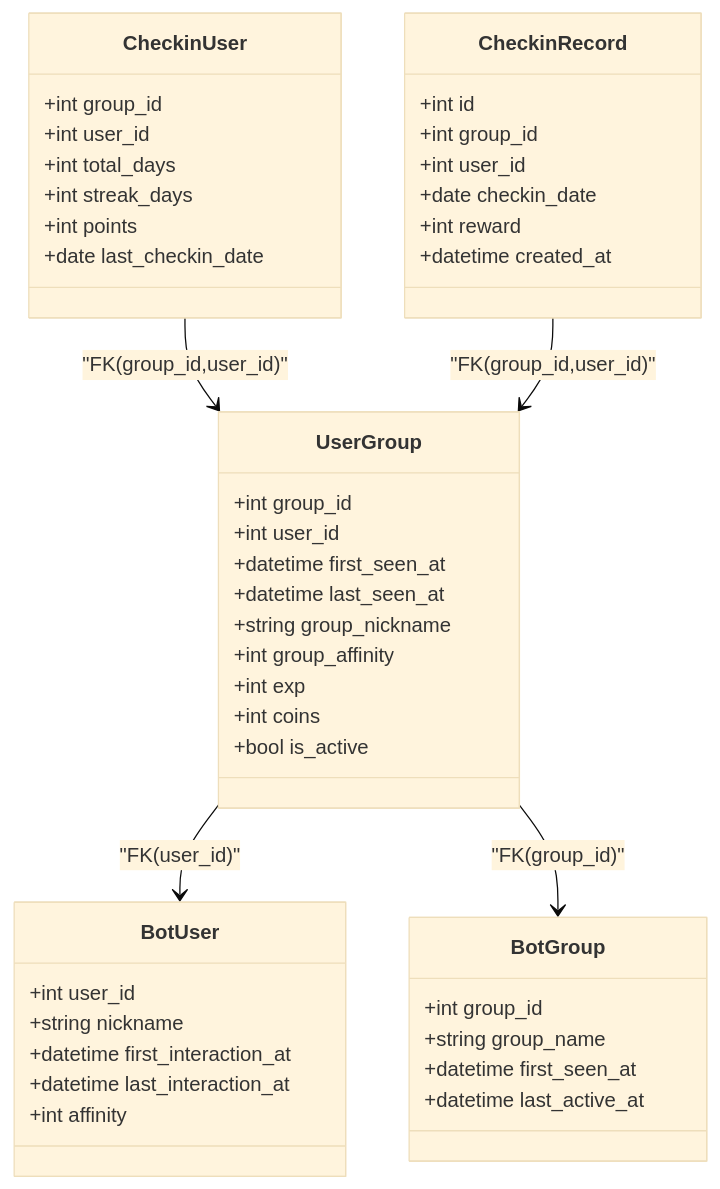
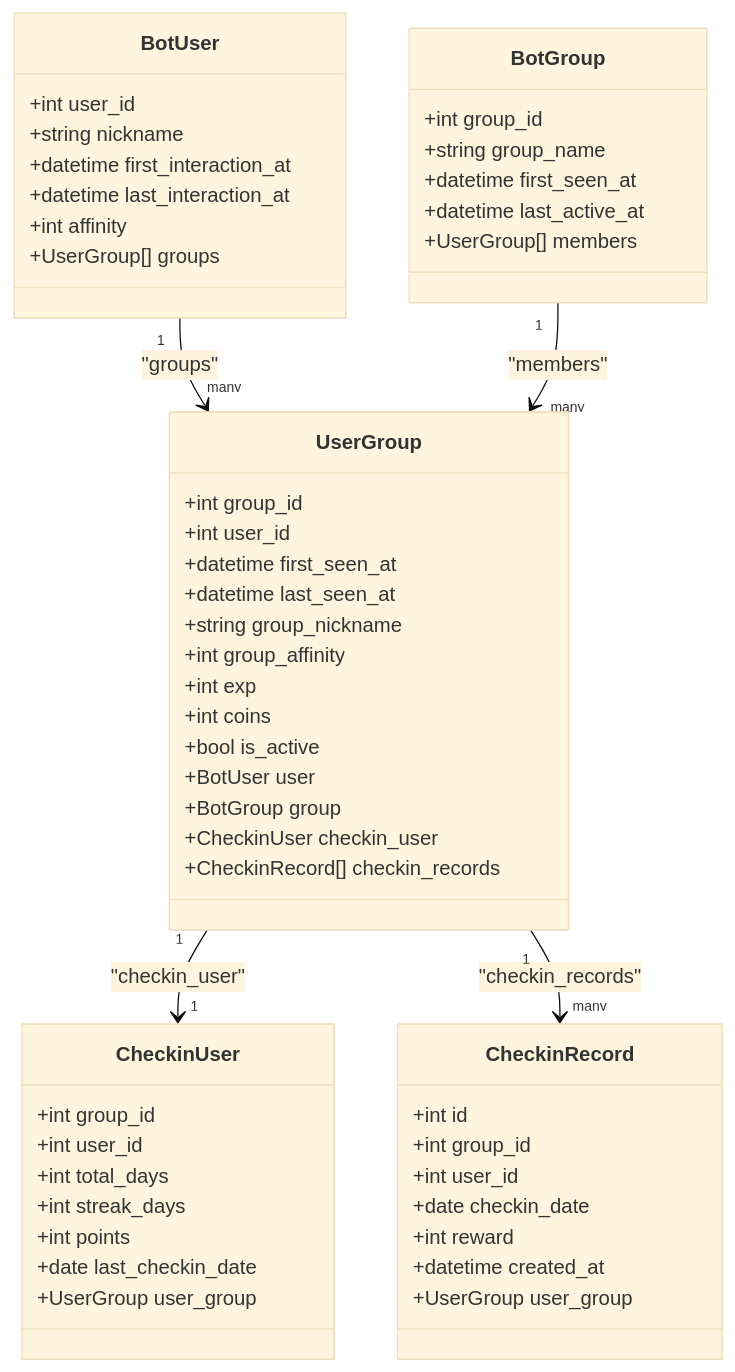
Before and after one commit to Wohaokunr/yawn_bot: the fourth of 5 diagrams in .qoder/repowiki/zh/content/核心功能模块/签到系统.md, drawn with Mermaid (base theme). The commit also changed other lines of this file and 60 other files, not shown here.

````diff
--- a/.qoder/repowiki/zh/content/核心功能模块/签到系统.md
+++ b/.qoder/repowiki/zh/content/核心功能模块/签到系统.md
@@ -316,47 +217,55 @@
 ```mermaid
 classDiagram
 class BotUser {
 +int user_id
 +string nickname
 +datetime first_interaction_at
 +datetime last_interaction_at
 +int affinity
++UserGroup[] groups
 }
 class BotGroup {
 +int group_id
 +string group_name
 +datetime first_seen_at
 +datetime last_active_at
++UserGroup[] members
 }
 class UserGroup {
 +int group_id
 +int user_id
 +datetime first_seen_at
 +datetime last_seen_at
 +string group_nickname
 +int group_affinity
 +int exp
 +int coins
 +bool is_active
++BotUser user
++BotGroup group
++CheckinUser checkin_user
++CheckinRecord[] checkin_records
+}
+class CheckinRecord {
++int id
++int group_id
++int user_id
++date checkin_date
++int reward
++datetime created_at
++UserGroup user_group
 }
 class CheckinUser {
 +int group_id
 +int user_id
 +int total_days
 +int streak_days
 +int points
 +date last_checkin_date
++UserGroup user_group
 }
-class CheckinRecord {
-+int id
-+int group_id
-+int user_id
-+date checkin_date
-+int reward
-+datetime created_at
-}
-UserGroup --> BotUser : "FK(user_id)"
-UserGroup --> BotGroup : "FK(group_id)"
-CheckinUser --> UserGroup : "FK(group_id,user_id)"
-CheckinRecord --> UserGroup : "FK(group_id,user_id)"
+BotUser "1" --> "many" UserGroup : "groups"
+BotGroup "1" --> "many" UserGroup : "members"
+UserGroup "1" --> "1" CheckinUser : "checkin_user"
+UserGroup "1" --> "many" CheckinRecord : "checkin_records"
 ```
````
